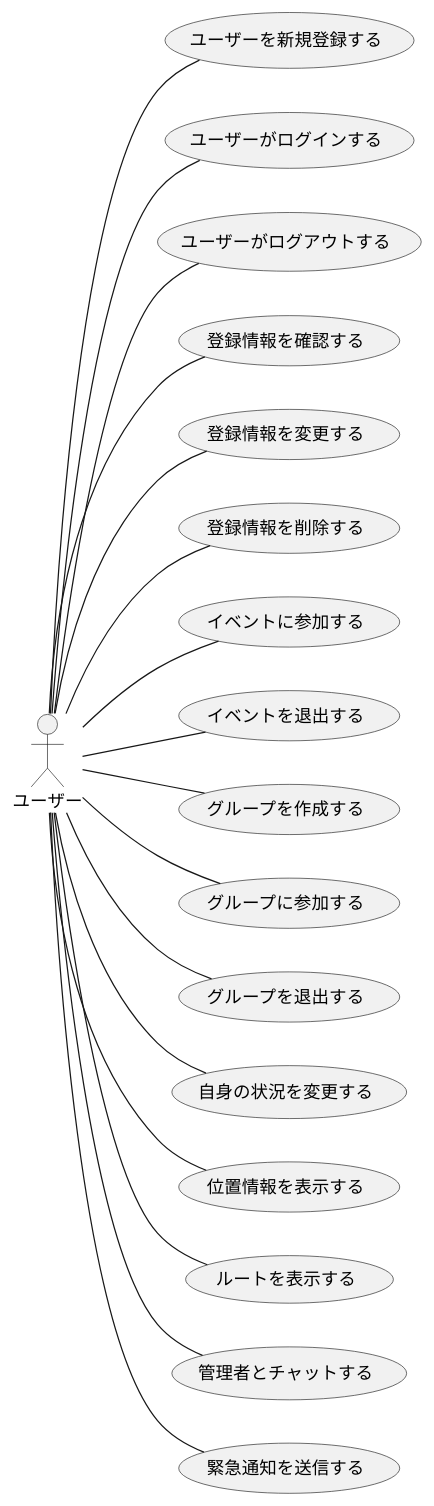
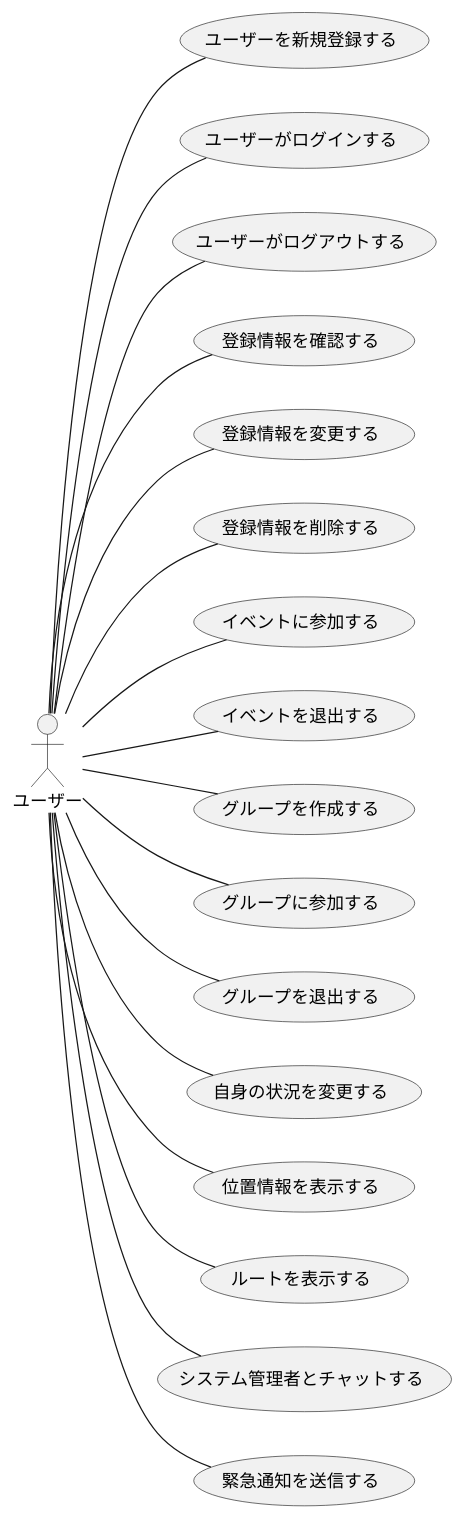
One commit to ksw2270227/GroupF changed the diagram in F_usecase_user.plantuml. Above: the diagram before and after it, drawn with PlantUML. The commit also changed 7 other files, not shown here.

```diff
--- a/F_usecase_user.plantuml
+++ b/F_usecase_user.plantuml
@@ -1,25 +1,25 @@
 @startuml ユースケース
 
 left to right direction
 actor ユーザー
 
 ユーザー -- (ユーザーを新規登録する)
 ユーザー -- (ユーザーがログインする)
 ユーザー -- (ユーザーがログアウトする)
 ユーザー -- (登録情報を確認する)
 ユーザー -- (登録情報を変更する)
 ユーザー -- (登録情報を削除する)
 ユーザー -- (イベントに参加する)
 ユーザー -- (イベントを退出する)
 ユーザー -- (グループを作成する)
 ユーザー -- (グループに参加する)
 ユーザー -- (グループを退出する)
 ユーザー -- (自身の状況を変更する)
 ユーザー -- (位置情報を表示する)
 ユーザー -- (ルートを表示する)
-ユーザー -- (管理者とチャットする)
+ユーザー -- (システム管理者とチャットする)
 ユーザー -- (緊急通知を送信する)
 
 
 
 @enduml
```
